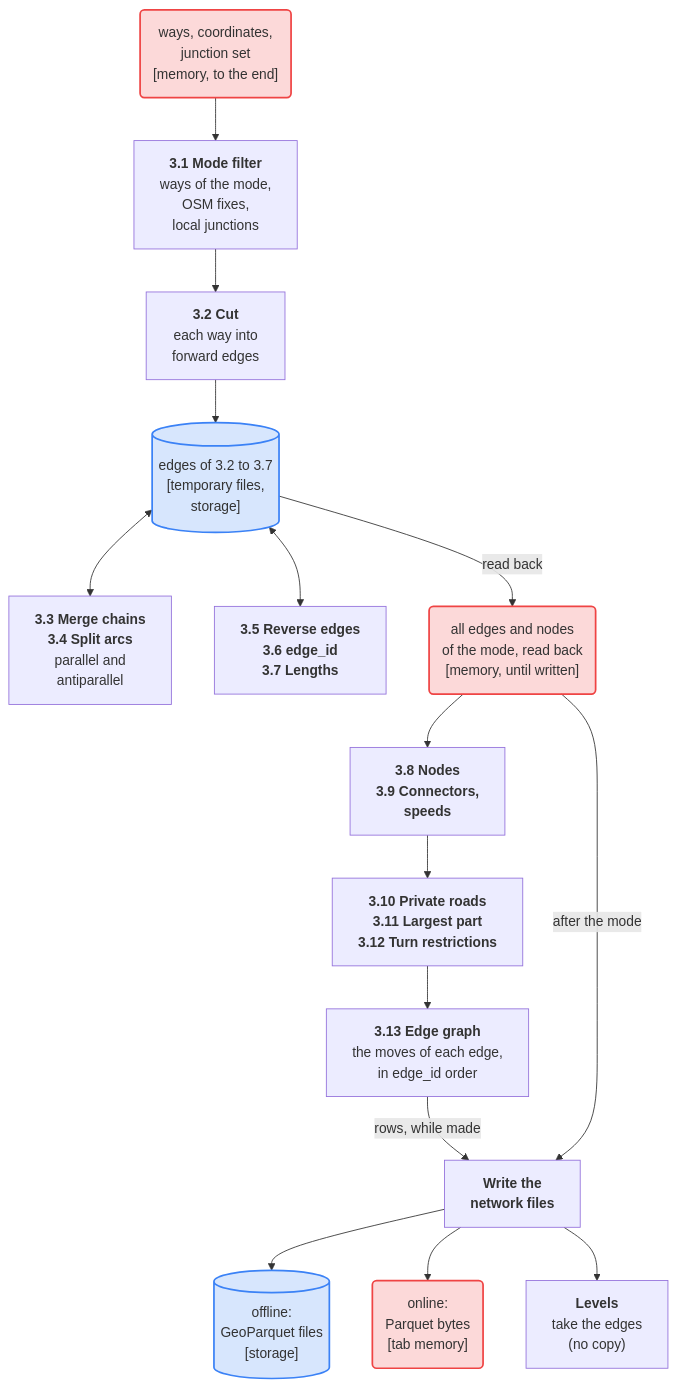
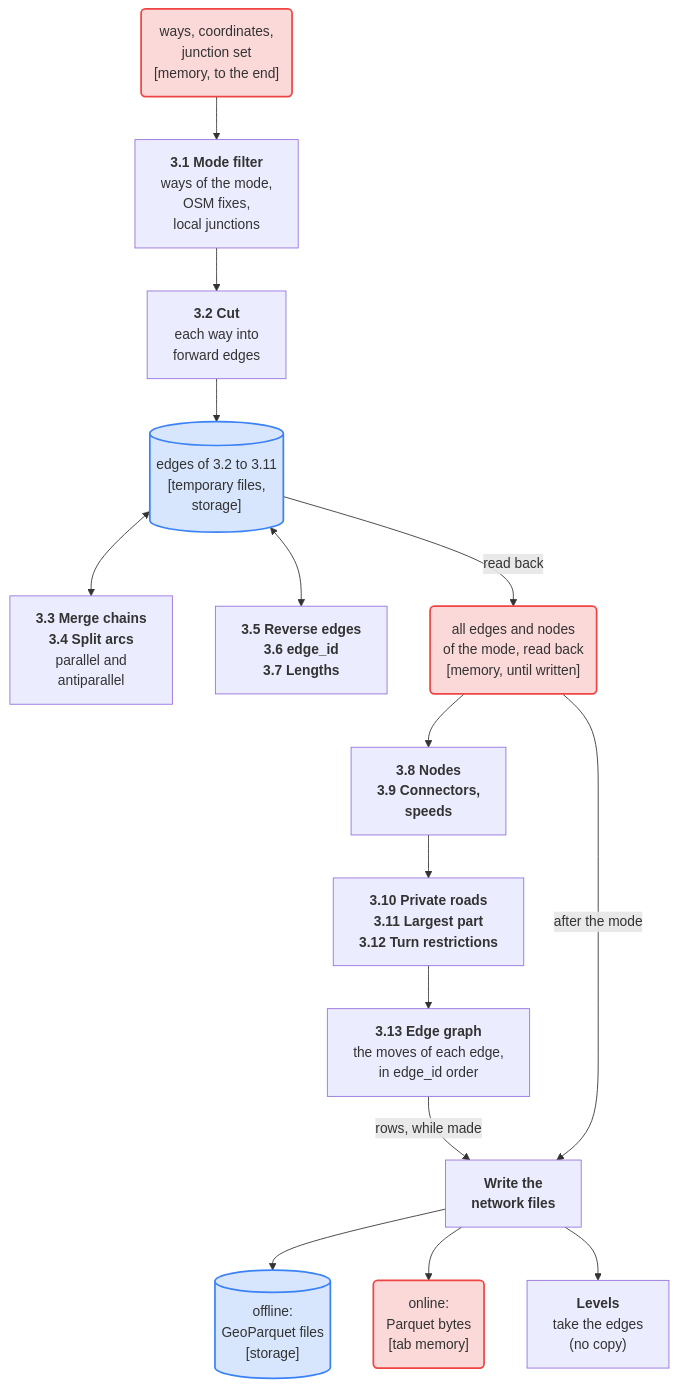
Before and after one commit to Khoshkhah/duckOSM: the third of 3 diagrams in docs/concepts/offline-online.md, drawn with Mermaid. The commit also changed other lines of this file, not shown here.

````diff
--- a/docs/concepts/offline-online.md
+++ b/docs/concepts/offline-online.md
@@ -127,33 +128,33 @@
 ```mermaid
 flowchart TB
     IN("ways, coordinates,<br/>junction set<br/>[memory, to the end]")
     S0["<b>3.1 Mode filter</b><br/>ways of the mode,<br/>OSM fixes,<br/>local junctions"]
     S1["<b>3.2 Cut</b><br/>each way into<br/>forward edges"]
-    M1[("edges of 3.2 to 3.7<br/>[temporary files,<br/>storage]")]
+    M1[("edges of 3.2 to 3.11<br/>[temporary files,<br/>storage]")]
     S2["<b>3.3 Merge chains</b><br/><b>3.4 Split arcs</b><br/>parallel and<br/>antiparallel"]
     S5["<b>3.5 Reverse edges</b><br/><b>3.6 edge_id</b><br/><b>3.7 Lengths</b>"]
     M5("all edges and nodes<br/>of the mode, read back<br/>[memory, until written]")
     S8["<b>3.8 Nodes</b><br/><b>3.9 Connectors,</b><br/><b>speeds</b>"]
     S9["<b>3.10 Private roads</b><br/><b>3.11 Largest part</b><br/><b>3.12 Turn restrictions</b>"]
     S9b["<b>3.13 Edge graph</b><br/>the moves of each edge,<br/>in edge_id order"]
     W["<b>Write the</b><br/><b>network files</b>"]
     LV["<b>Levels</b><br/>take the edges<br/>(no copy)"]
     F1[("offline:<br/>GeoParquet files<br/>[storage]")]
     F2("online:<br/>Parquet bytes<br/>[tab memory]")
 
     IN --> S0 --> S1 --> M1
     M1 <--> S2
     M1 <--> S5
     M1 -- "read back" --> M5
     M5 --> S8 --> S9 --> S9b
     S9b -- "rows, while made" --> W
     M5 -- "after the mode" --> W
     W --> F1
     W --> F2
     W --> LV
 
     classDef disk fill:#3b82f633,stroke:#3b82f6,stroke-width:2px
     classDef mem fill:#ef444433,stroke:#ef4444,stroke-width:2px
     class F1,M1 disk
     class IN,M5,F2 mem
 ```
````
